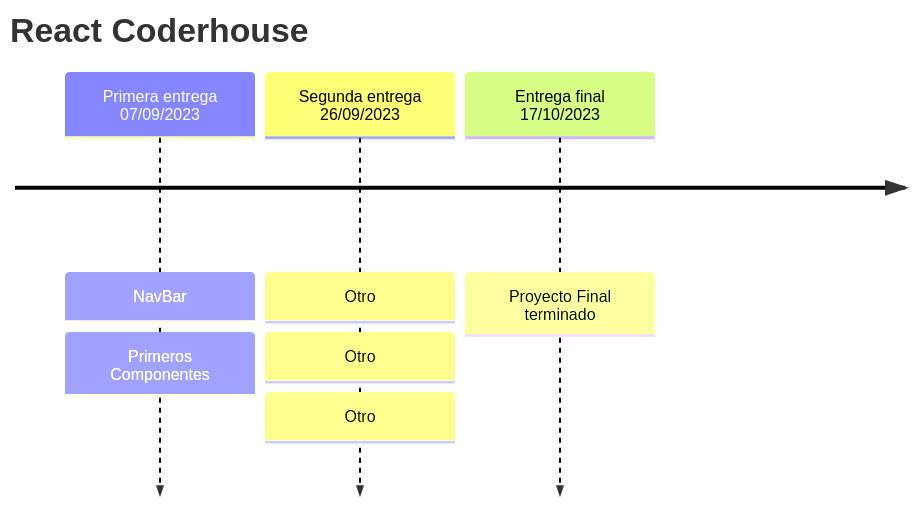
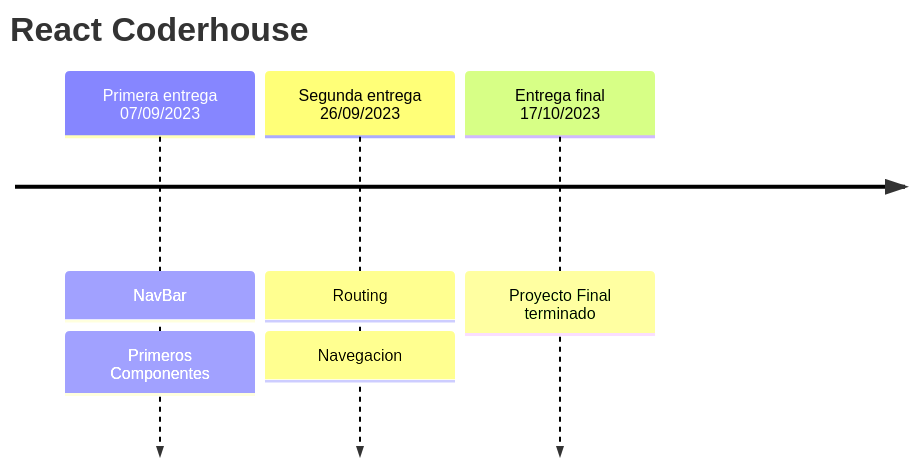
One commit to agusflores/e-commerce changed the diagram in README.md. Above: the diagram before and after it, drawn with Mermaid.

````diff
--- a/README.md
+++ b/README.md
@@ -17,7 +17,7 @@
 ``` mermaid
 timeline
     title React Coderhouse
     Primera entrega 07/09/2023 : NavBar : Primeros Componentes
-    Segunda entrega 26/09/2023 : Otro : Otro : Otro
+    Segunda entrega 26/09/2023 : Routing : Navegacion 
     Entrega final 17/10/2023   : Proyecto Final terminado
 ```
````
